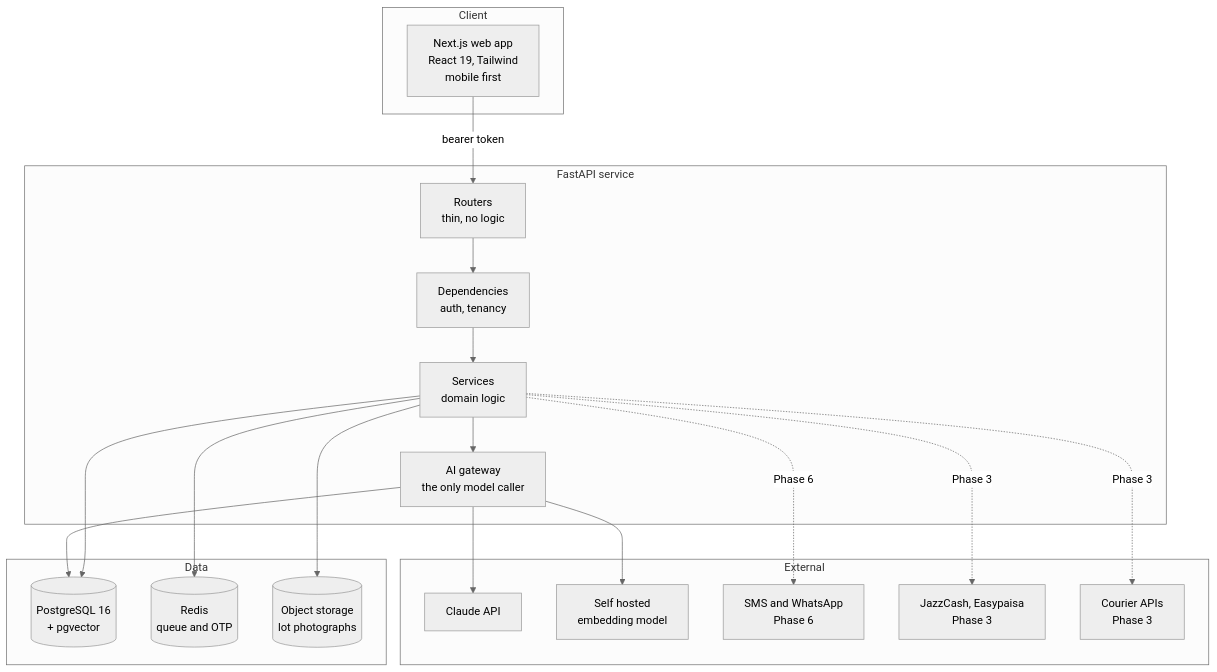
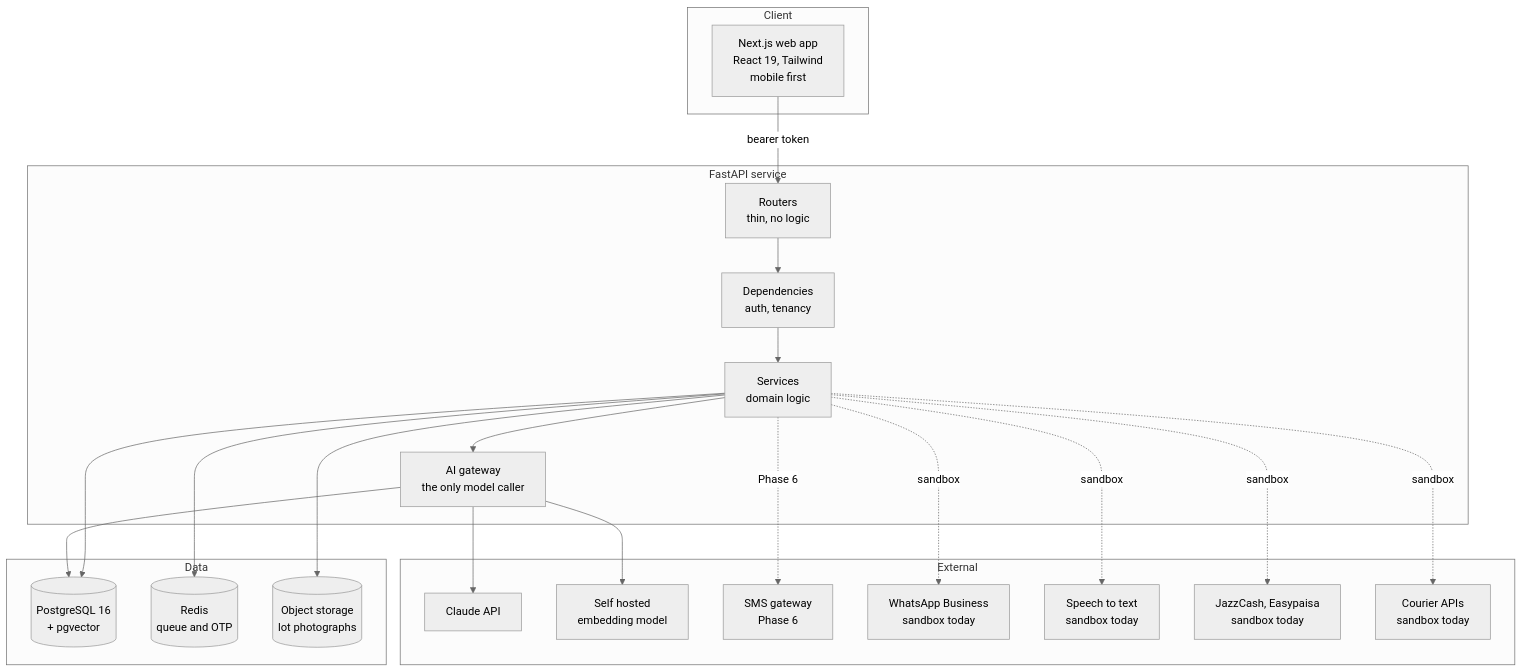
One commit to Syedo-maker/khazana-outlet changed the first of 2 diagrams in docs/architecture.md. Above: the diagram before and after it, drawn with Mermaid (neutral theme). The commit also changed other lines of this file and 4 other files, not shown here.

First line of the commit message:
docs: bring the README, architecture and AI docs up to Phase 4

````diff
--- a/docs/architecture.md
+++ b/docs/architecture.md
@@ -8,41 +8,45 @@
 ```mermaid
 flowchart TB
     subgraph client["Client"]
         web["Next.js web app<br/>React 19, Tailwind<br/>mobile first"]
     end
 
     subgraph api["FastAPI service"]
         routers["Routers<br/>thin, no logic"]
         deps["Dependencies<br/>auth, tenancy"]
         services["Services<br/>domain logic"]
         gateway["AI gateway<br/>the only model caller"]
     end
 
     subgraph data["Data"]
         pg[("PostgreSQL 16<br/>+ pgvector")]
         redis[("Redis<br/>queue and OTP")]
         blob[("Object storage<br/>lot photographs")]
     end
 
     subgraph external["External"]
         claude["Claude API"]
         embed["Self hosted<br/>embedding model"]
-        sms["SMS and WhatsApp<br/>Phase 6"]
-        pay["JazzCash, Easypaisa<br/>Phase 3"]
-        courier["Courier APIs<br/>Phase 3"]
+        sms["SMS gateway<br/>Phase 6"]
+        wa["WhatsApp Business<br/>sandbox today"]
+        speech["Speech to text<br/>sandbox today"]
+        pay["JazzCash, Easypaisa<br/>sandbox today"]
+        courier["Courier APIs<br/>sandbox today"]
     end
 
     web -->|"bearer token"| routers
     routers --> deps
     deps --> services
     services --> gateway
     services --> pg
     services --> redis
     services --> blob
     gateway --> claude
     gateway --> embed
     gateway --> pg
     services -.->|"Phase 6"| sms
-    services -.->|"Phase 3"| pay
-    services -.->|"Phase 3"| courier
+    services -.->|"sandbox"| wa
+    services -.->|"sandbox"| speech
+    services -.->|"sandbox"| pay
+    services -.->|"sandbox"| courier
 ```
````
